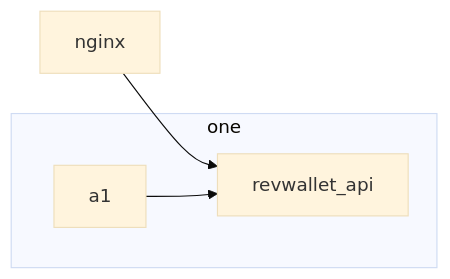
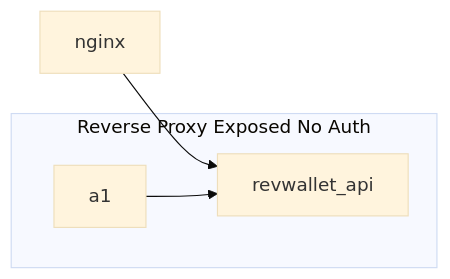
Before and after one commit to arthurjguerra/revwallet: the first of 2 diagrams in README.md, drawn with Mermaid (base theme).

Commit message:
feat: add arch diagram

````diff
--- a/README.md
+++ b/README.md
@@ -6,7 +6,7 @@
 ```mermaid
 flowchart LR
     nginx --> revwallet_api
-    subgraph ide1 [one]
+    subgraph ide1 [Reverse Proxy Exposed No Auth]
     a1 --> revwallet_api
     end
 ```
````
